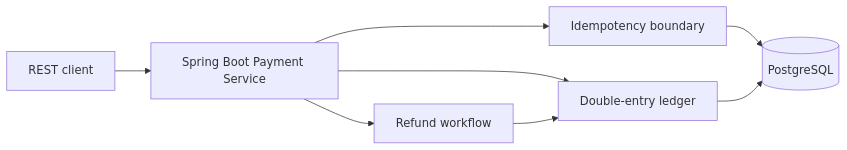
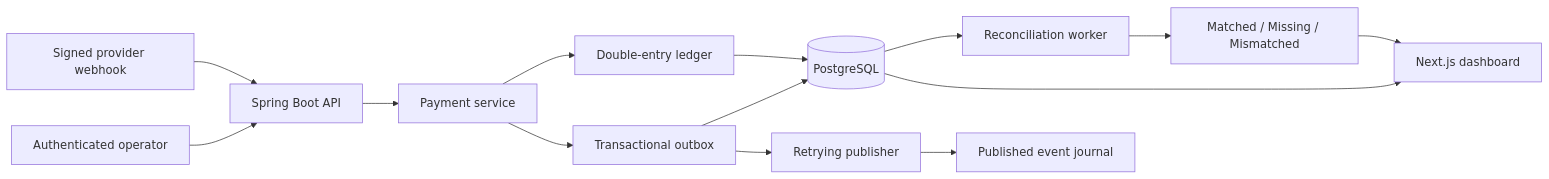
Before and after one commit to mehdiharama2-a11y/ledgerforge: the diagram in README.md, drawn with Mermaid. The commit also changed other lines of this file and 41 other files, not shown here.

````diff
--- a/README.md
+++ b/README.md
@@ -9,10 +11,16 @@
 ```mermaid
 flowchart LR
-  C[REST client] --> P[Spring Boot Payment Service]
-  P --> I[Idempotency boundary]
+  W[Signed provider webhook] --> A[Spring Boot API]
+  U[Authenticated operator] --> A
+  A --> P[Payment service]
   P --> L[Double-entry ledger]
-  I --> D[(PostgreSQL)]
-  L --> D
-  P --> R[Refund workflow]
-  R --> L
+  P --> O[Transactional outbox]
+  L --> D[(PostgreSQL)]
+  O --> D
+  O --> X[Retrying publisher]
+  X --> E[Published event journal]
+  D --> R[Reconciliation worker]
+  R --> N[Matched / Missing / Mismatched]
+  N --> UI[Next.js dashboard]
+  D --> UI
 ```
````
